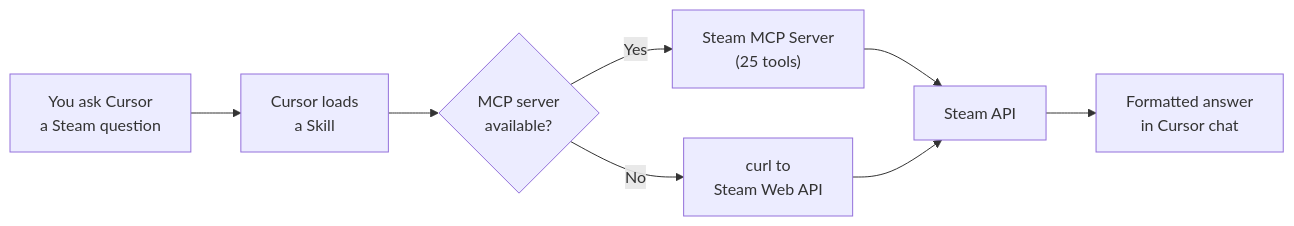
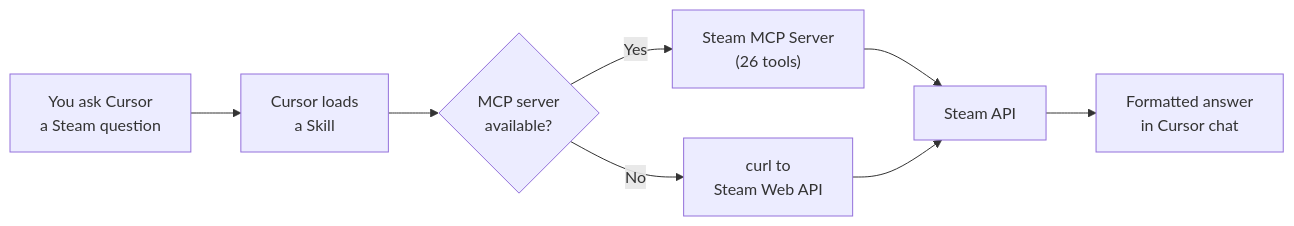
Before and after one commit to TMHSDigital/Steam-Cursor-Plugin: the diagram in README.md, drawn with Mermaid. The commit also changed other lines of this file and 11 other files, not shown here.

````diff
--- a/README.md
+++ b/README.md
@@ -74,10 +74,10 @@
 ```mermaid
 flowchart LR
     A["You ask Cursor\na Steam question"] --> B["Cursor loads\na Skill"]
     B --> C{"MCP server\navailable?"}
-    C -- Yes --> D["Steam MCP Server\n(25 tools)"]
+    C -- Yes --> D["Steam MCP Server\n(26 tools)"]
     C -- No --> E["curl to\nSteam Web API"]
     D --> F["Steam API"]
     E --> F
     F --> G["Formatted answer\nin Cursor chat"]
 ```
````
